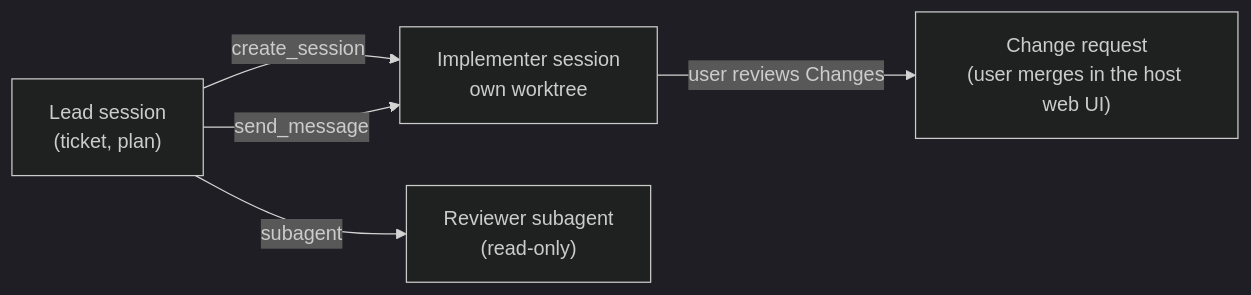
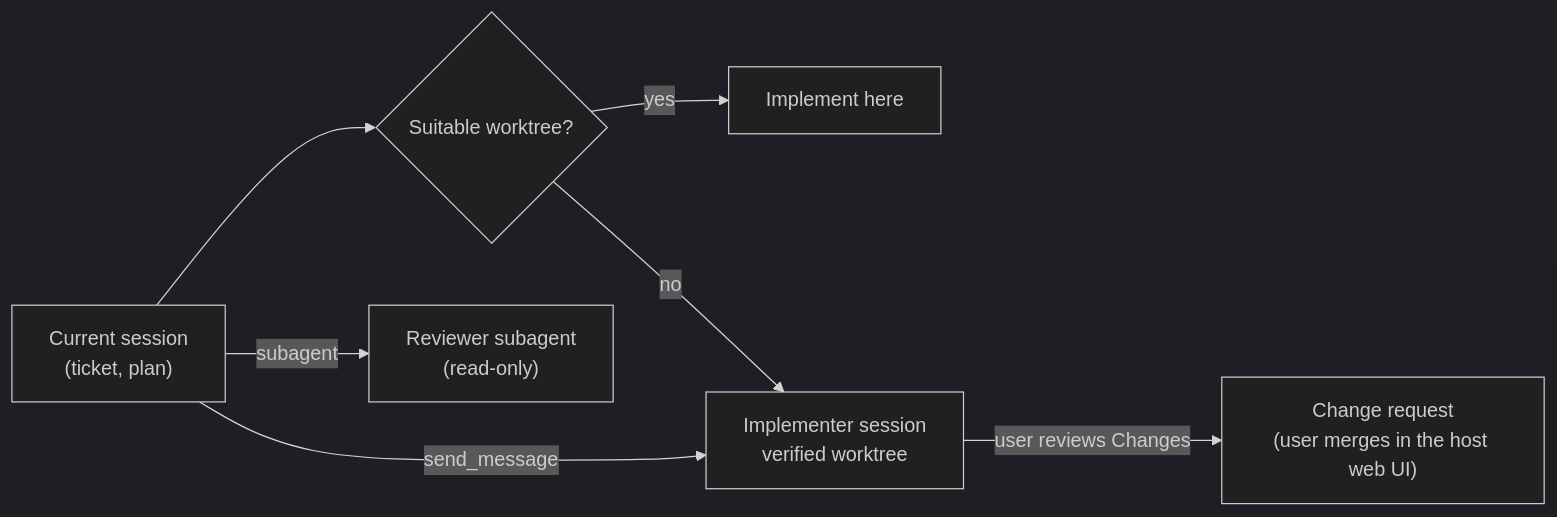
The diagram in plugins/forge/skills/agents/SKILL.md (alexradunet/forge-engineering), drawn with Mermaid (dark theme) before and after one commit. The commit also changed other lines of this file and 5 other files, not shown here.

First line of the commit message:
Reuse suitable worktrees for ticket implementation

````diff
--- a/plugins/forge/skills/agents/SKILL.md
+++ b/plugins/forge/skills/agents/SKILL.md
@@ -12,7 +12,9 @@
 ```mermaid
 flowchart LR
-  lead["Lead session<br/>(ticket, plan)"] -->|create_session| impl["Implementer session<br/>own worktree"]
+  lead["Current session<br/>(ticket, plan)"] --> check{"Suitable worktree?"}
+  check -->|yes| reuse["Implement here"]
+  check -->|no| impl["Implementer session<br/>verified worktree"]
   lead -->|subagent| rev["Reviewer subagent<br/>(read-only)"]
   lead -->|send_message| impl
   impl -->|user reviews Changes| pr["Change request<br/>(user merges in the host web UI)"]
 ```
````
